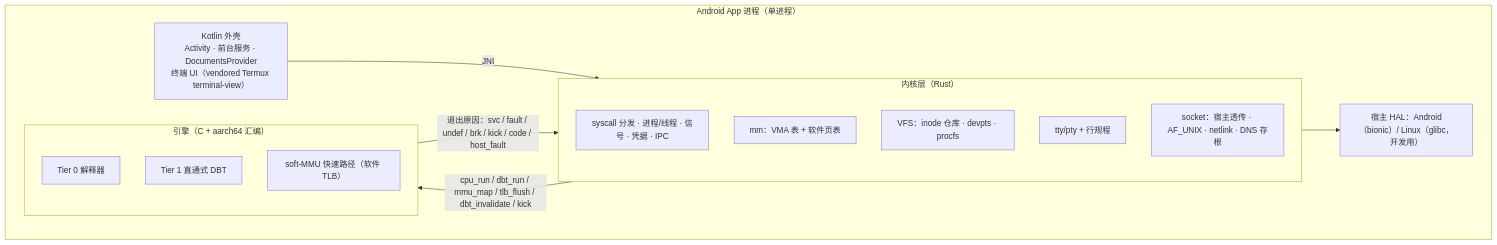
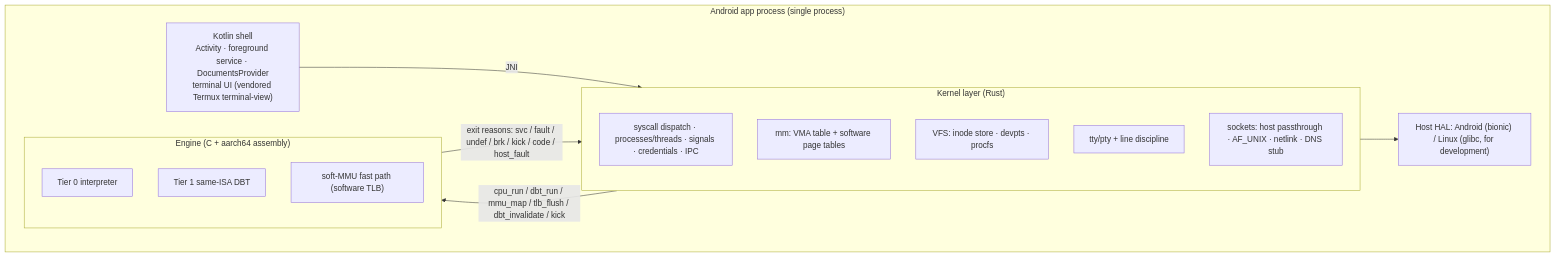
Before and after one commit to ferstar/appine: the diagram in docs/design/README.md, drawn with Mermaid. The commit also changed other lines of this file and 11 other files, not shown here.

````diff
--- a/docs/design/README.md
+++ b/docs/design/README.md
@@ -70,23 +70,23 @@
 ```mermaid
 flowchart TB
-    subgraph APP["Android App 进程（单进程）"]
-        UI["Kotlin 外壳<br/>Activity · 前台服务 · DocumentsProvider<br/>终端 UI（vendored Termux terminal-view）"]
-        subgraph KERNEL["内核层（Rust）"]
-            SYS["syscall 分发 · 进程/线程 · 信号 · 凭据 · IPC"]
-            MM["mm：VMA 表 + 软件页表"]
-            VFS["VFS：inode 仓库 · devpts · procfs"]
-            TTY["tty/pty + 行规程"]
-            NET["socket：宿主透传 · AF_UNIX · netlink · DNS 存根"]
+    subgraph APP["Android app process (single process)"]
+        UI["Kotlin shell<br/>Activity · foreground service · DocumentsProvider<br/>terminal UI (vendored Termux terminal-view)"]
+        subgraph KERNEL["Kernel layer (Rust)"]
+            SYS["syscall dispatch · processes/threads · signals · credentials · IPC"]
+            MM["mm: VMA table + software page tables"]
+            VFS["VFS: inode store · devpts · procfs"]
+            TTY["tty/pty + line discipline"]
+            NET["sockets: host passthrough · AF_UNIX · netlink · DNS stub"]
         end
-        subgraph ENGINE["引擎（C + aarch64 汇编）"]
-            T0["Tier 0 解释器"]
-            T1["Tier 1 直通式 DBT"]
-            SMMU["soft-MMU 快速路径（软件 TLB）"]
+        subgraph ENGINE["Engine (C + aarch64 assembly)"]
+            T0["Tier 0 interpreter"]
+            T1["Tier 1 same-ISA DBT"]
+            SMMU["soft-MMU fast path (software TLB)"]
         end
-        HAL["宿主 HAL：Android（bionic）/ Linux（glibc，开发用）"]
+        HAL["Host HAL: Android (bionic) / Linux (glibc, for development)"]
     end
     UI -- JNI --> KERNEL
-    ENGINE -- "退出原因：svc / fault / undef / brk / kick / code / host_fault" --> KERNEL
+    ENGINE -- "exit reasons: svc / fault / undef / brk / kick / code / host_fault" --> KERNEL
     KERNEL -- "cpu_run / dbt_run / mmu_map / tlb_flush / dbt_invalidate / kick" --> ENGINE
     KERNEL --> HAL
 ```
````
